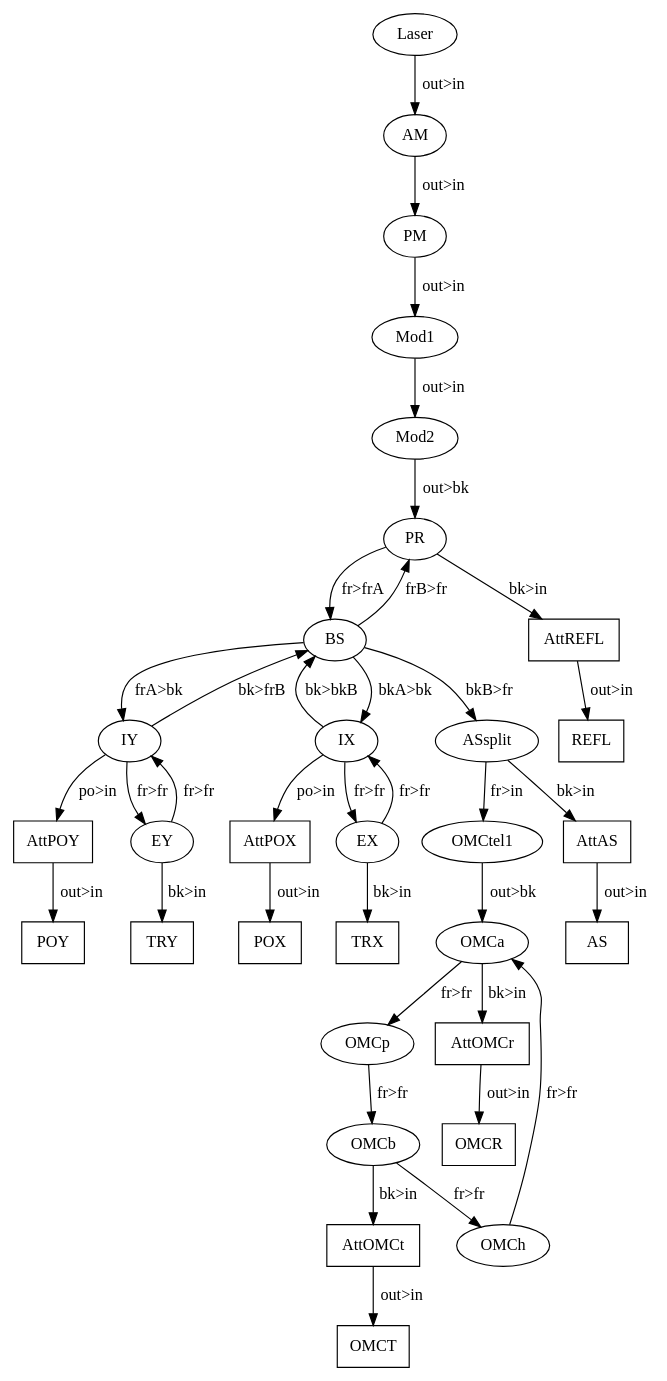
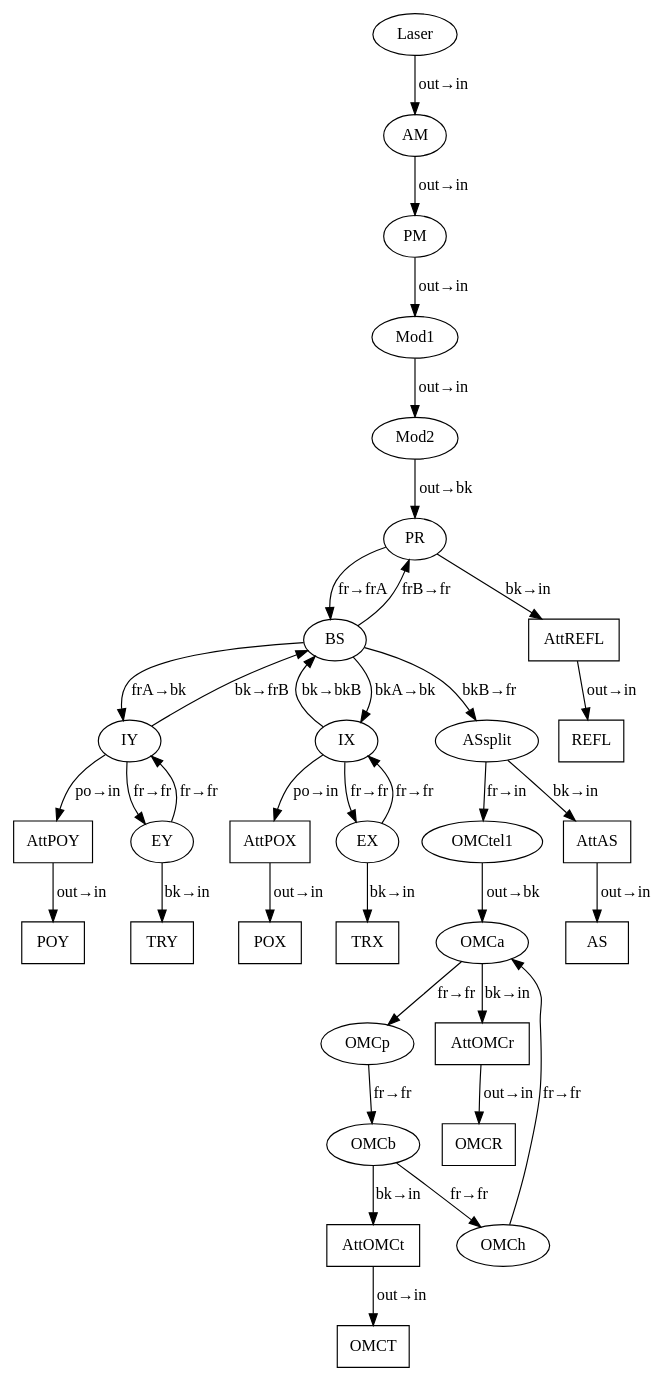
The diagram in demo.dot (tobin/optickle-tutorial), drawn with Graphviz before and after one commit. The commit also changed 2 other files, not shown here.

```diff
--- a/demo.dot
+++ b/demo.dot
@@ -1,69 +1,69 @@
 digraph G {
     Laser;
     AM;
     PM;
     Mod1;
     Mod2;
     PR;
     BS;
     IX;
     IY;
     EX;
     EY;
     ASsplit;
     OMCtel1;
     OMCa;
     OMCb;
     OMCp;
     OMCh;
     AttREFL [shape=box];
     AttPOX [shape=box];
     AttPOY [shape=box];
     AttAS [shape=box];
     AttOMCt [shape=box];
     AttOMCr [shape=box];
     REFL [shape=box];
     POX [shape=box];
     POY [shape=box];
     AS [shape=box];
     OMCT [shape=box];
     OMCR [shape=box];
     TRX [shape=box];
     TRY [shape=box];
-     Laser -> AM [label="out>in"];
-     AM -> PM [label="out>in"];
-     PM -> Mod1 [label="out>in"];
-     Mod1 -> Mod2 [label="out>in"];
-     Mod2 -> PR [label="out>bk"];
-     PR -> BS [label="fr>frA"];
-     BS -> IY [label="frA>bk"];
-     BS -> IX [label="bkA>bk"];
-     IY -> BS [label="bk>frB"];
-     IX -> BS [label="bk>bkB"];
-     BS -> PR [label="frB>fr"];
-     IX -> EX [label="fr>fr"];
-     EX -> IX [label="fr>fr"];
-     IY -> EY [label="fr>fr"];
-     EY -> IY [label="fr>fr"];
-     BS -> ASsplit [label="bkB>fr"];
-     OMCa -> OMCp [label="fr>fr"];
-     OMCp -> OMCb [label="fr>fr"];
-     OMCb -> OMCh [label="fr>fr"];
-     OMCh -> OMCa [label="fr>fr"];
-     ASsplit -> OMCtel1 [label="fr>in"];
-     OMCtel1 -> OMCa [label="out>bk"];
-     PR -> AttREFL [label="bk>in"];
-     AttREFL -> REFL [label="out>in"];
-     IX -> AttPOX [label="po>in"];
-     AttPOX -> POX [label="out>in"];
-     IY -> AttPOY [label="po>in"];
-     AttPOY -> POY [label="out>in"];
-     EX -> TRX [label="bk>in"];
-     EY -> TRY [label="bk>in"];
-     ASsplit -> AttAS [label="bk>in"];
-     AttAS -> AS [label="out>in"];
-     OMCa -> AttOMCr [label="bk>in"];
-     AttOMCr -> OMCR [label="out>in"];
-     OMCb -> AttOMCt [label="bk>in"];
-     AttOMCt -> OMCT [label="out>in"];
+     Laser -> AM [label="out&rarr;in"];
+     AM -> PM [label="out&rarr;in"];
+     PM -> Mod1 [label="out&rarr;in"];
+     Mod1 -> Mod2 [label="out&rarr;in"];
+     Mod2 -> PR [label="out&rarr;bk"];
+     PR -> BS [label="fr&rarr;frA"];
+     BS -> IY [label="frA&rarr;bk"];
+     BS -> IX [label="bkA&rarr;bk"];
+     IY -> BS [label="bk&rarr;frB"];
+     IX -> BS [label="bk&rarr;bkB"];
+     BS -> PR [label="frB&rarr;fr"];
+     IX -> EX [label="fr&rarr;fr"];
+     EX -> IX [label="fr&rarr;fr"];
+     IY -> EY [label="fr&rarr;fr"];
+     EY -> IY [label="fr&rarr;fr"];
+     BS -> ASsplit [label="bkB&rarr;fr"];
+     OMCa -> OMCp [label="fr&rarr;fr"];
+     OMCp -> OMCb [label="fr&rarr;fr"];
+     OMCb -> OMCh [label="fr&rarr;fr"];
+     OMCh -> OMCa [label="fr&rarr;fr"];
+     ASsplit -> OMCtel1 [label="fr&rarr;in"];
+     OMCtel1 -> OMCa [label="out&rarr;bk"];
+     PR -> AttREFL [label="bk&rarr;in"];
+     AttREFL -> REFL [label="out&rarr;in"];
+     IX -> AttPOX [label="po&rarr;in"];
+     AttPOX -> POX [label="out&rarr;in"];
+     IY -> AttPOY [label="po&rarr;in"];
+     AttPOY -> POY [label="out&rarr;in"];
+     EX -> TRX [label="bk&rarr;in"];
+     EY -> TRY [label="bk&rarr;in"];
+     ASsplit -> AttAS [label="bk&rarr;in"];
+     AttAS -> AS [label="out&rarr;in"];
+     OMCa -> AttOMCr [label="bk&rarr;in"];
+     AttOMCr -> OMCR [label="out&rarr;in"];
+     OMCb -> AttOMCt [label="bk&rarr;in"];
+     AttOMCt -> OMCT [label="out&rarr;in"];
 }
```
